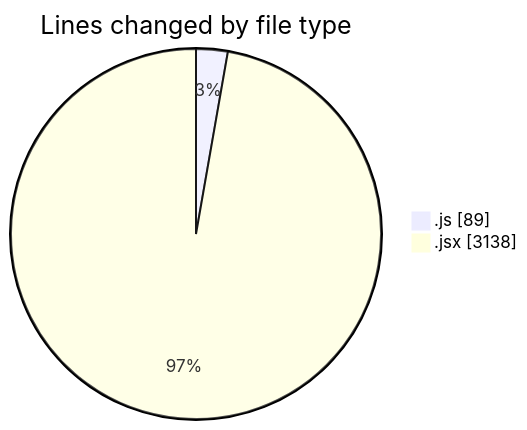
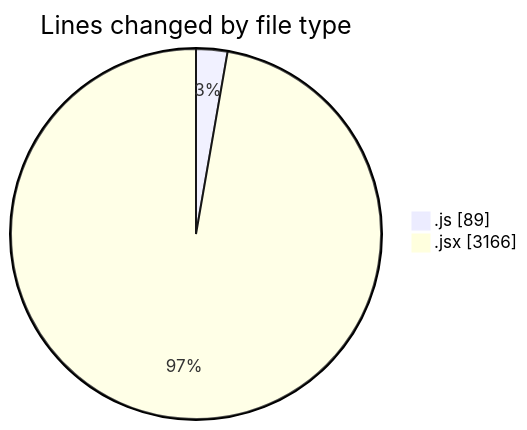
Before and after one commit to nxtqubesakshisongat/code-tracking: the first of 2 diagrams in 2025-05-03/nxtqube_webapp/README.md, drawn with Mermaid. The commit also changed other lines of this file and 1 other file, not shown here.

````diff
--- a/2025-05-03/nxtqube_webapp/README.md
+++ b/2025-05-03/nxtqube_webapp/README.md
@@ -24,6 +24,6 @@
 ```mermaid
 pie showData
 title Lines changed by file type
 ".js" : 89
-".jsx" : 3138
+".jsx" : 3166
 ```
````
